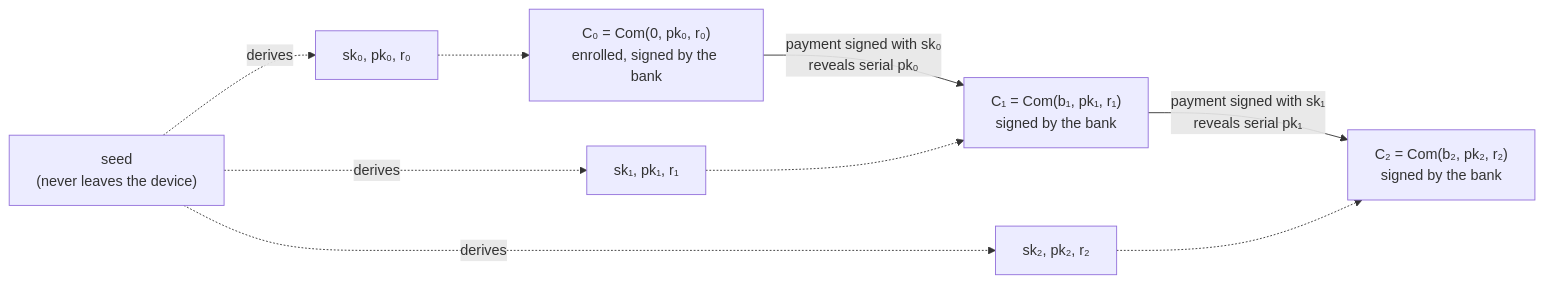
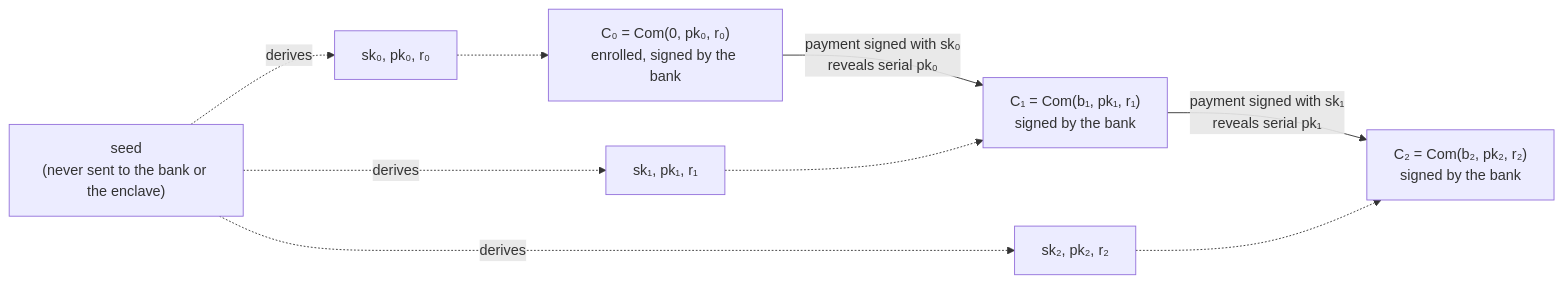
Before and after one commit to alexandre-mrt/thesis-tee-private-payments: the first of 2 diagrams in round-1/README.md, drawn with Mermaid. The commit also changed other lines of this file and 9 other files, not shown here.

````diff
--- a/round-1/README.md
+++ b/round-1/README.md
@@ -73,11 +73,11 @@
 ```mermaid
 flowchart LR
-  seed["seed<br/>(never leaves the device)"] -. derives .-> k0["sk₀, pk₀, r₀"]
+  seed["seed<br/>(never sent to the bank or the enclave)"] -. derives .-> k0["sk₀, pk₀, r₀"]
   seed -. derives .-> k1["sk₁, pk₁, r₁"]
   seed -. derives .-> k2["sk₂, pk₂, r₂"]
   C0["C₀ = Com(0, pk₀, r₀)<br/>enrolled, signed by the bank"] -- "payment signed with sk₀<br/>reveals serial pk₀" --> C1["C₁ = Com(b₁, pk₁, r₁)<br/>signed by the bank"]
   C1 -- "payment signed with sk₁<br/>reveals serial pk₁" --> C2["C₂ = Com(b₂, pk₂, r₂)<br/>signed by the bank"]
   k0 -.-> C0
   k1 -.-> C1
   k2 -.-> C2
 ```
````
